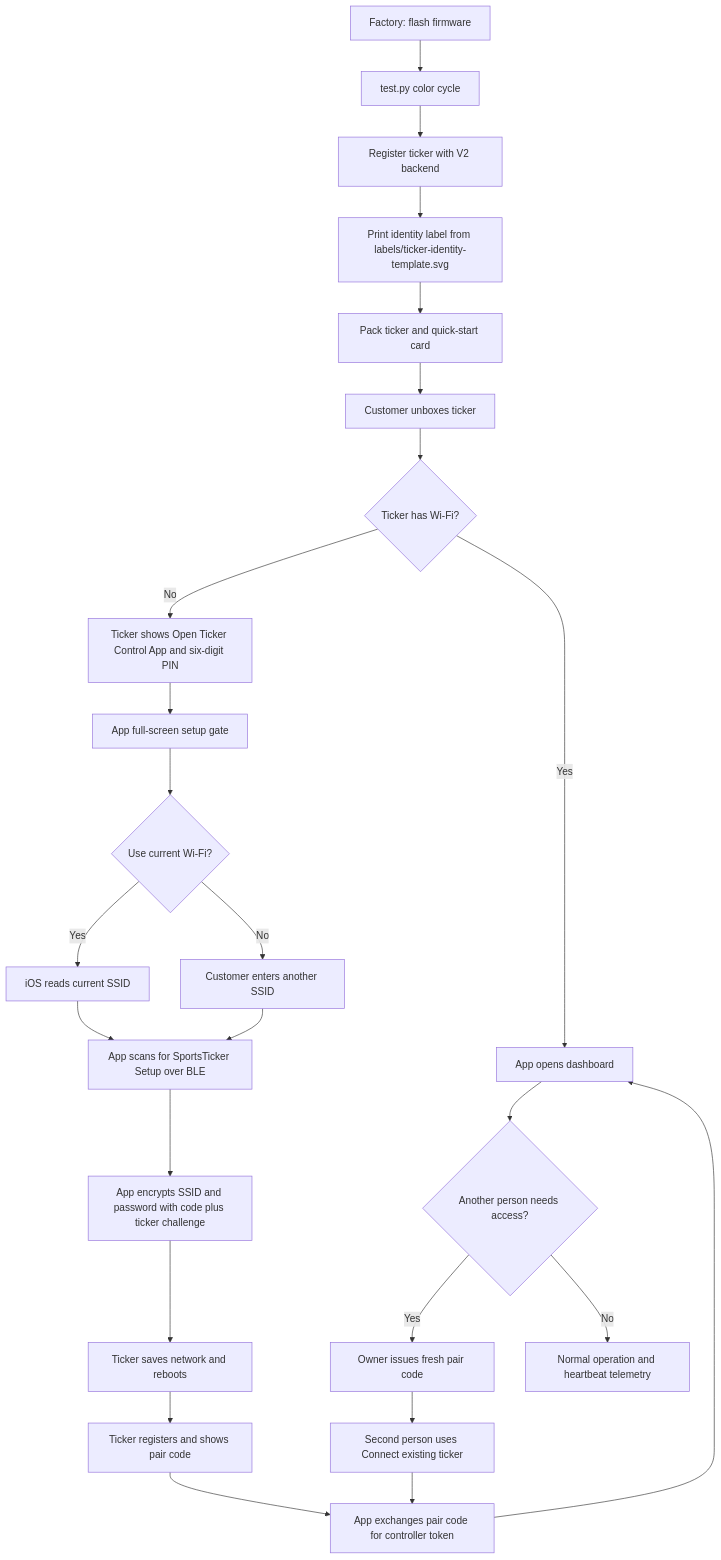
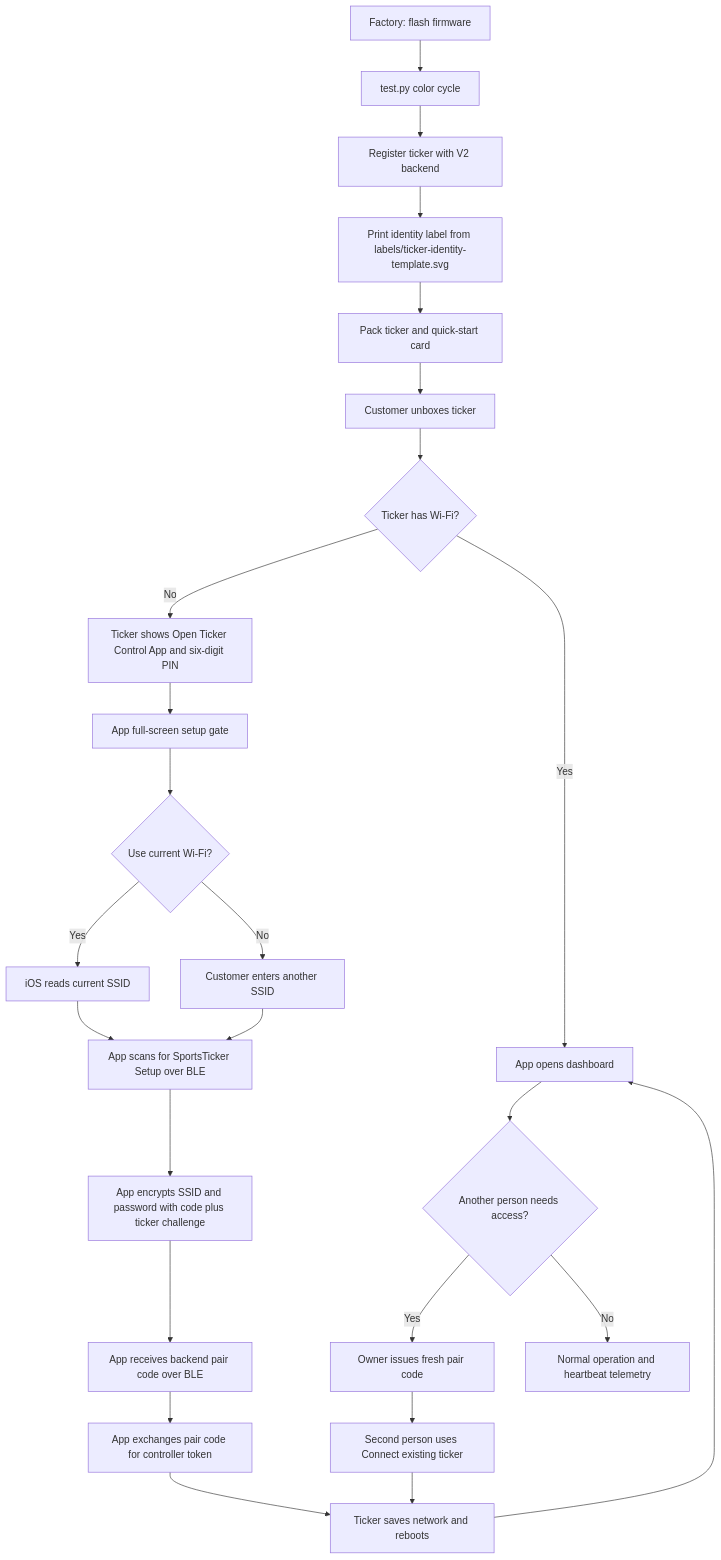
The diagram in docs/setup-process.md (MattLD13/SportsTickerBackend), drawn with Mermaid before and after one commit. The commit also changed other lines of this file and 6 other files, not shown here.

First line of the commit message:
Complete BLE Wi-Fi and controller pairing

````diff
--- a/docs/setup-process.md
+++ b/docs/setup-process.md
@@ -5,27 +5,27 @@
 ```mermaid
 flowchart TD
     A[Factory: flash firmware] --> B[test.py color cycle]
     B --> C[Register ticker with V2 backend]
     C --> D[Print identity label from labels/ticker-identity-template.svg]
     D --> E[Pack ticker and quick-start card]
     E --> F[Customer unboxes ticker]
     F --> G{Ticker has Wi-Fi?}
     G -->|Yes| H[App opens dashboard]
     G -->|No| I[Ticker shows Open Ticker Control App and six-digit PIN]
     I --> J[App full-screen setup gate]
     J --> K{Use current Wi-Fi?}
     K -->|Yes| L[iOS reads current SSID]
     K -->|No| M[Customer enters another SSID]
     L --> N[App scans for SportsTicker Setup over BLE]
     M --> N
     N --> O[App encrypts SSID and password with code plus ticker challenge]
-    O --> P[Ticker saves network and reboots]
-    P --> Q[Ticker registers and shows pair code]
-    Q --> R[App exchanges pair code for controller token]
+    O --> P[App receives backend pair code over BLE]
+    P --> Q[App exchanges pair code for controller token]
+    Q --> R[Ticker saves network and reboots]
     R --> H
     H --> S{Another person needs access?}
     S -->|Yes| T[Owner issues fresh pair code]
     T --> U[Second person uses Connect existing ticker]
     U --> R
     S -->|No| V[Normal operation and heartbeat telemetry]
 ```
````
